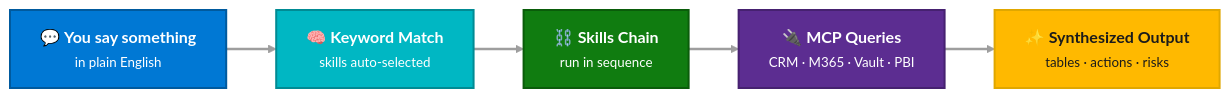
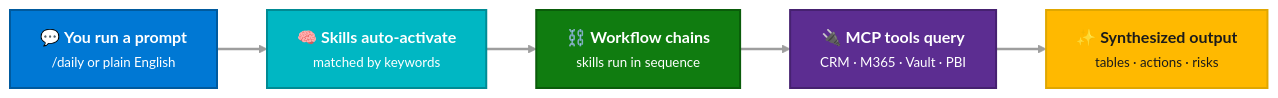
One commit to mjhoffmeister/MCAPS-IQ changed the diagram in site/docs/prompts/index.md. Above: the diagram before and after it, drawn with Mermaid (base theme). The commit also changed other lines of this file and 7 other files, not shown here.

````diff
--- a/site/docs/prompts/index.md
+++ b/site/docs/prompts/index.md
@@ -468,15 +60,15 @@
 ```mermaid
 graph LR
-    A["💬 <b>You say something</b><br/><small>in plain English</small>"] --> B["🧠 <b>Keyword Match</b><br/><small>skills auto-selected</small>"]
-    B --> C["⛓️ <b>Skills Chain</b><br/><small>run in sequence</small>"]
-    C --> D["🔌 <b>MCP Queries</b><br/><small>CRM · M365 · Vault · PBI</small>"]
-    D --> E["✨ <b>Synthesized Output</b><br/><small>tables · actions · risks</small>"]
+    A["💬 <b>You run a prompt</b><br/><small>/daily or plain English</small>"] --> B["🧠 <b>Skills auto-activate</b><br/><small>matched by keywords</small>"]
+    B --> C["⛓️ <b>Workflow chains</b><br/><small>skills run in sequence</small>"]
+    C --> D["🔌 <b>MCP tools query</b><br/><small>CRM · M365 · Vault · PBI</small>"]
+    D --> E["✨ <b>Synthesized output</b><br/><small>tables · actions · risks</small>"]
     
     style A fill:#0078D4,color:#fff,stroke:#005a9e,stroke-width:2px
     style B fill:#00B7C3,color:#fff,stroke:#008b94,stroke-width:2px
     style C fill:#107C10,color:#fff,stroke:#0a5c0a,stroke-width:2px
     style D fill:#5C2D91,color:#fff,stroke:#462170,stroke-width:2px
     style E fill:#FFB900,color:#1B1B1B,stroke:#e0a700,stroke-width:2px
 
     linkStyle default stroke:#9e9e9e,stroke-width:2.5px
 ```
````
